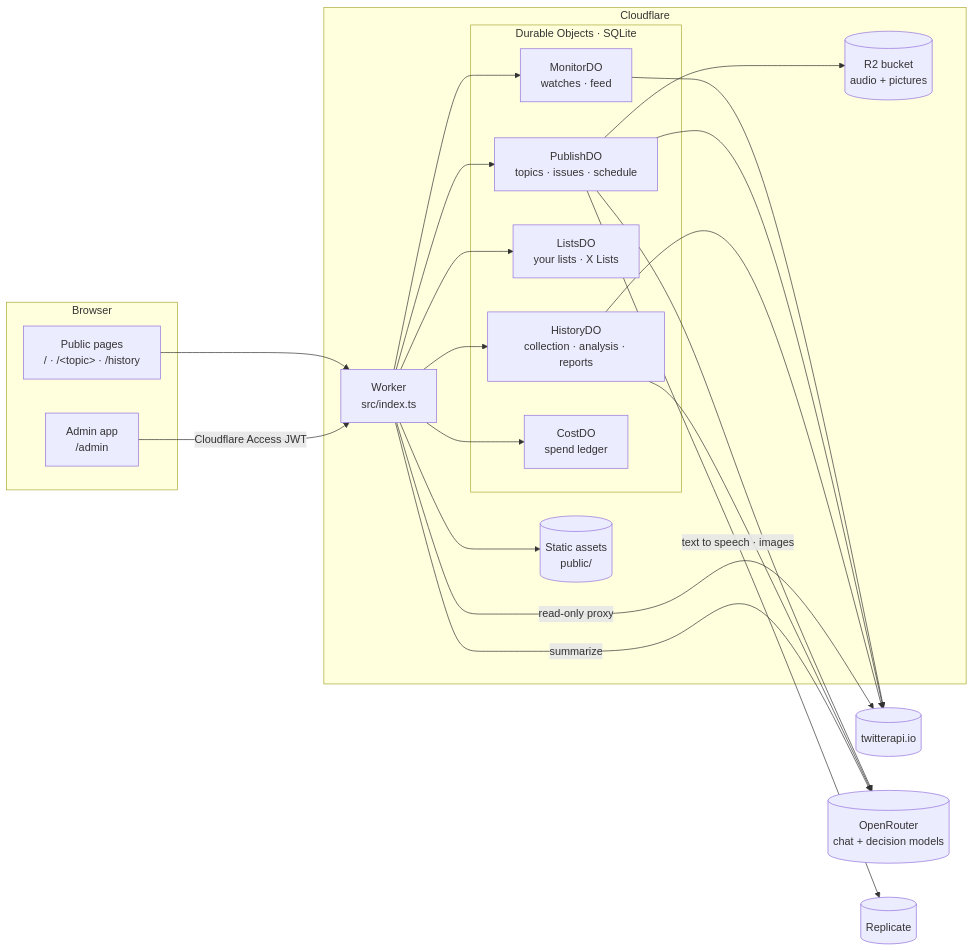
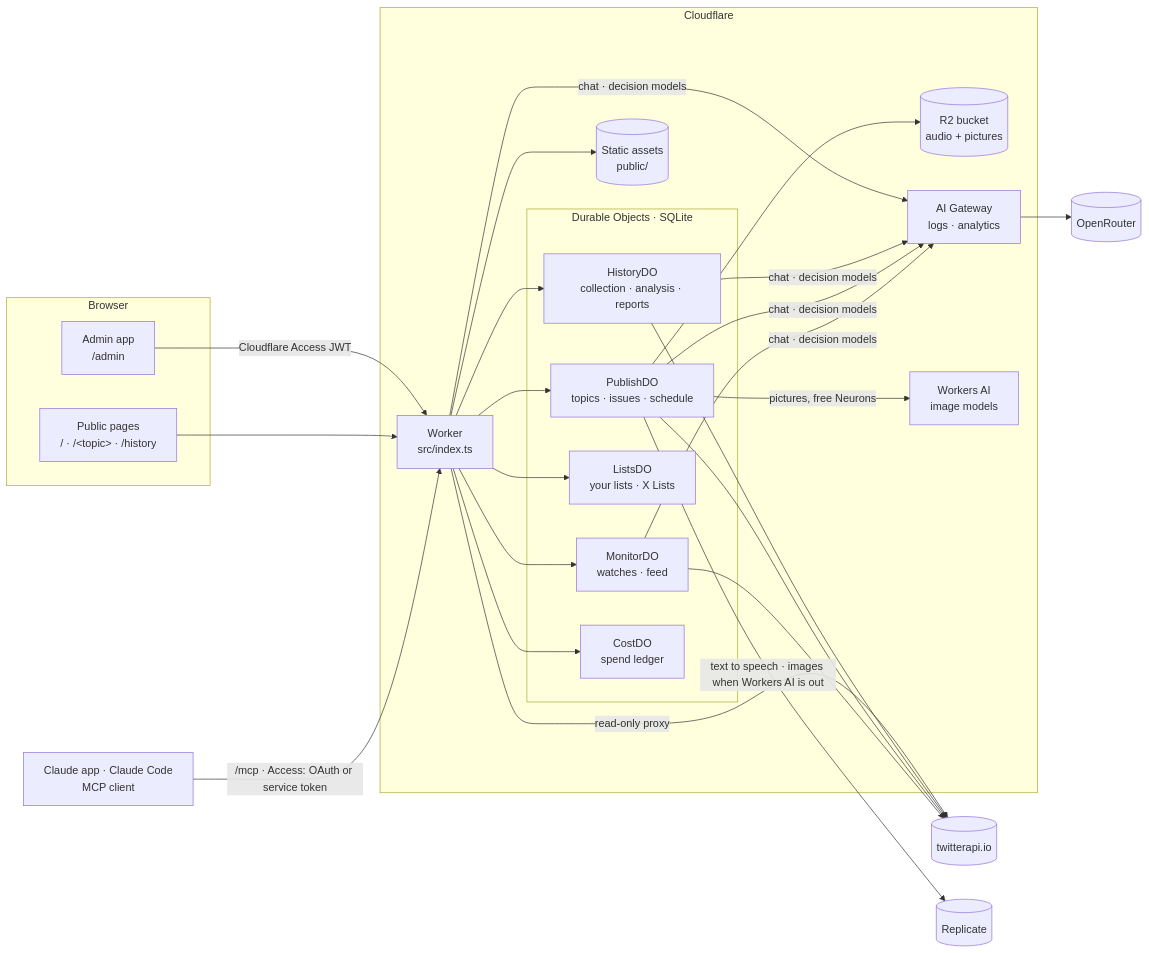
Before and after one commit to fredrikp999/cf-tweetexplorer: the diagram in docs/architecture.md, drawn with Mermaid. The commit also changed other lines of this file and 8 other files, not shown here.

First line of the commit message:
Docs: MCP guide (Managed OAuth, service tokens, MCP Apps), AI Gateway and Workers AI pictures, and an illustrated setup overview in the admin app

````diff
--- a/docs/architecture.md
+++ b/docs/architecture.md
@@ -3,32 +3,37 @@
 ```mermaid
 flowchart LR
   subgraph Browser
     A[Admin app<br/>/admin]
     P[Public pages<br/>/ · /&lt;topic&gt; · /history]
   end
+  CL[Claude app · Claude Code<br/>MCP client]
 
   A -->|Cloudflare Access JWT| W
   P --> W
+  CL -->|/mcp · Access: OAuth or service token| W
 
   subgraph CF[Cloudflare]
     W[Worker<br/>src/index.ts]
     ASSETS[(Static assets<br/>public/)]
     subgraph DO[Durable Objects · SQLite]
       HIS[HistoryDO<br/>collection · analysis · reports]
       PUB[PublishDO<br/>topics · issues · schedule]
       LST[ListsDO<br/>your lists · X Lists]
       MON[MonitorDO<br/>watches · feed]
       CST[CostDO<br/>spend ledger]
     end
     R2[(R2 bucket<br/>audio + pictures)]
+    AIG[AI Gateway<br/>logs · analytics]
+    WAI[Workers AI<br/>image models]
     W --> ASSETS
     W --> HIS & PUB & LST & MON & CST
     PUB --> R2
+    PUB -->|pictures, free Neurons| WAI
   end
 
   W -->|read-only proxy| TW[(twitterapi.io)]
   HIS & PUB & MON --> TW
-  W -->|summarize| OR[(OpenRouter<br/>chat + decision models)]
-  HIS & PUB --> OR
-  PUB -->|text to speech · images| RP[(Replicate)]
+  W & HIS & PUB & MON -->|chat · decision models| AIG
+  AIG --> OR[(OpenRouter)]
+  PUB -->|text to speech · images when Workers AI is out| RP[(Replicate)]
 ```
````
